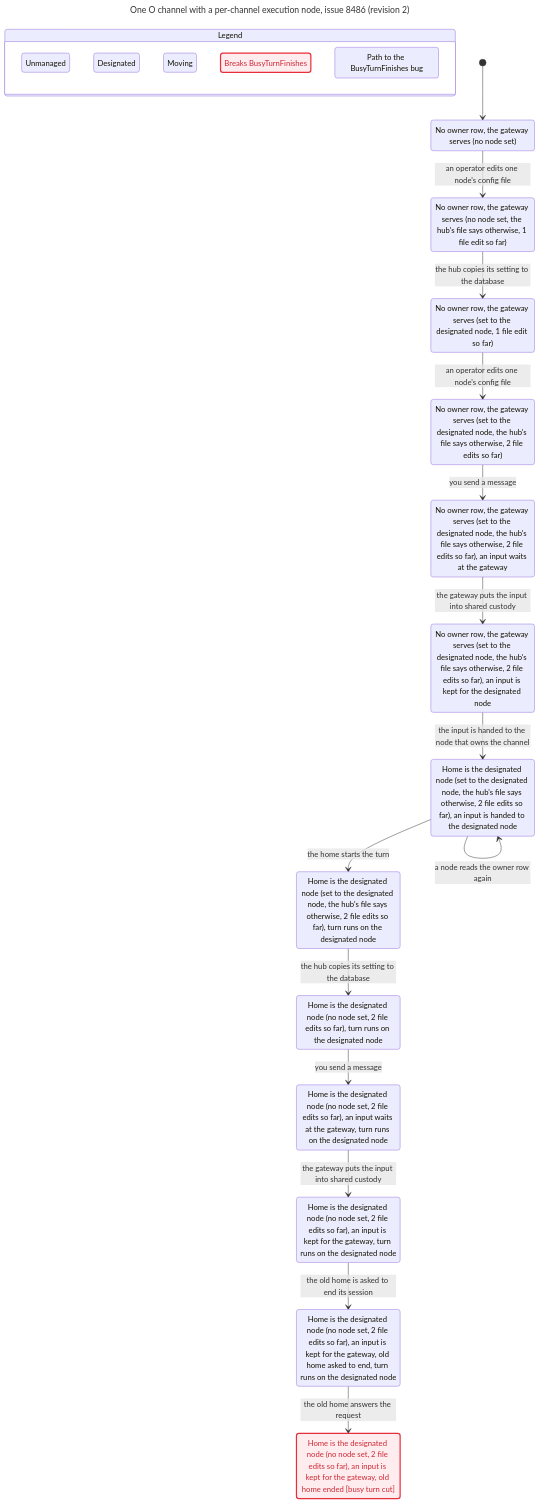
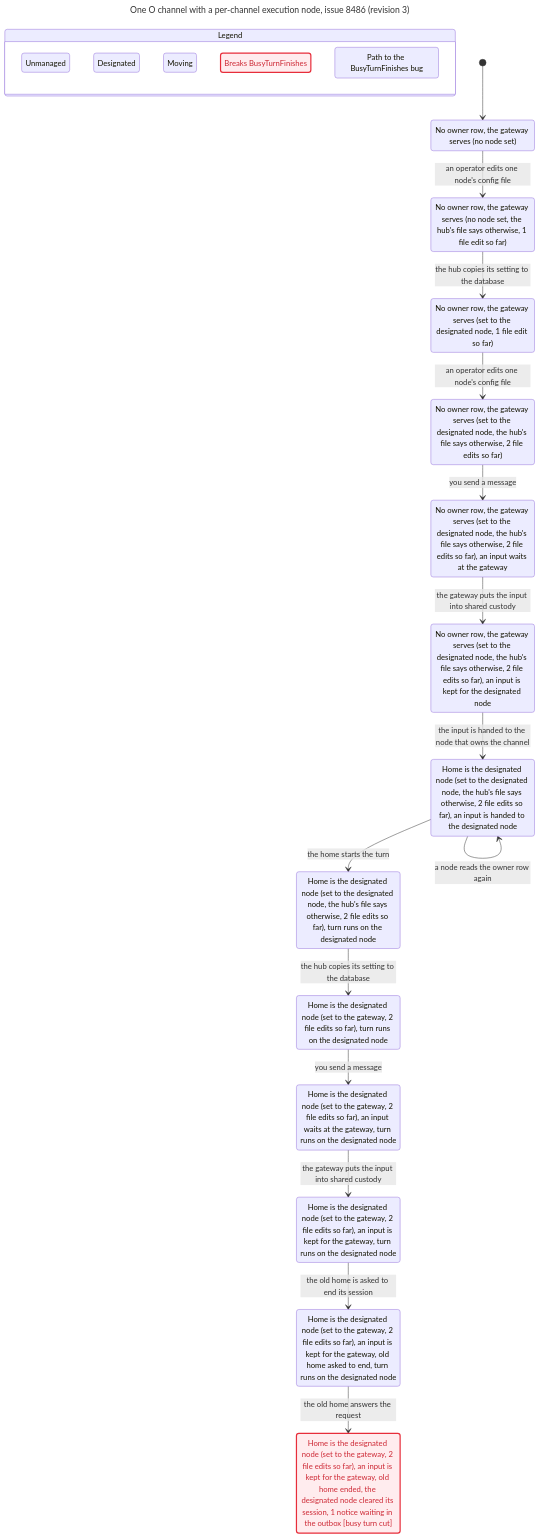
Before and after one commit to itismyfield/AgentDesk: the diagram in docs/statecharts/gateway-lease/channel-home-nowait.chart.mmd, drawn with Mermaid. The commit also changed 41 other files, not shown here.

```diff
--- a/docs/statecharts/gateway-lease/channel-home-nowait.chart.mmd
+++ b/docs/statecharts/gateway-lease/channel-home-nowait.chart.mmd
@@ -1,71 +1,71 @@
 ---
-title: "One O channel with a per-channel execution node, issue 8486 (revision 2)"
+title: "One O channel with a per-channel execution node, issue 8486 (revision 3)"
 ---
 stateDiagram-v2
   state "Legend" as legend {
     lg0: Unmanaged
     lg1: Designated
     lg2: Moving
     lg3: Breaks BusyTurnFinishes
     lg4: Path to the BusyTurnFinishes bug
   }
   class lg0 tan
   class lg1 teal
   class lg2 pink
   class lg3 breaks
   class lg4 bugPath
   s0: No owner row, the gateway serves (no node set)
   s1: No owner row, the gateway serves (no node set, the hub's file says otherwise, 1 file edit so far)
   s2: No owner row, the gateway serves (set to the designated node, 1 file edit so far)
   s3: No owner row, the gateway serves (set to the designated node, the hub's file says otherwise, 2 file edits so far)
   s4: No owner row, the gateway serves (set to the designated node, the hub's file says otherwise, 2 file edits so far), an input waits at the gateway
   s5: No owner row, the gateway serves (set to the designated node, the hub's file says otherwise, 2 file edits so far), an input is kept for the designated node
   s6: Home is the designated node (set to the designated node, the hub's file says otherwise, 2 file edits so far), an input is handed to the designated node
   s7: Home is the designated node (set to the designated node, the hub's file says otherwise, 2 file edits so far), turn runs on the designated node
-  s8: Home is the designated node (no node set, 2 file edits so far), turn runs on the designated node
-  s9: Home is the designated node (no node set, 2 file edits so far), an input waits at the gateway, turn runs on the designated node
-  s10: Home is the designated node (no node set, 2 file edits so far), an input is kept for the gateway, turn runs on the designated node
-  s11: Home is the designated node (no node set, 2 file edits so far), an input is kept for the gateway, old home asked to end, turn runs on the designated node
-  s12: Home is the designated node (no node set, 2 file edits so far), an input is kept for the gateway, old home ended [busy turn cut]
+  s8: Home is the designated node (set to the gateway, 2 file edits so far), turn runs on the designated node
+  s9: Home is the designated node (set to the gateway, 2 file edits so far), an input waits at the gateway, turn runs on the designated node
+  s10: Home is the designated node (set to the gateway, 2 file edits so far), an input is kept for the gateway, turn runs on the designated node
+  s11: Home is the designated node (set to the gateway, 2 file edits so far), an input is kept for the gateway, old home asked to end, turn runs on the designated node
+  s12: Home is the designated node (set to the gateway, 2 file edits so far), an input is kept for the gateway, old home ended, the designated node cleared its session, 1 notice waiting in the outbox [busy turn cut]
   [*] --> s0
   s0 --> s1: an operator edits one node's config file
   s1 --> s2: the hub copies its setting to the database
   s2 --> s3: an operator edits one node's config file
   s3 --> s4: you send a message
   s4 --> s5: the gateway puts the input into shared custody
   s5 --> s6: the input is handed to the node that owns the channel
   s6 --> s6: a node reads the owner row again
   s6 --> s7: the home starts the turn
   s7 --> s8: the hub copies its setting to the database
   s8 --> s9: you send a message
   s9 --> s10: the gateway puts the input into shared custody
   s10 --> s11: the old home is asked to end its session
   s11 --> s12: the old home answers the request
   classDef breaks fill:#ffecee,stroke:#e72e3b,stroke-width:2.5px,color:#cd2834
   class s0 tan
   class s0 bugPath
   class s1 tan
   class s1 bugPath
   class s2 tan
   class s2 bugPath
   class s3 tan
   class s3 bugPath
   class s4 tan
   class s4 bugPath
   class s5 tan
   class s5 bugPath
   class s6 teal
   class s6 bugPath
   class s7 teal
   class s7 bugPath
   class s8 teal
   class s8 bugPath
   class s9 teal
   class s9 bugPath
   class s10 teal
   class s10 bugPath
   class s11 pink
   class s11 bugPath
   class s12 pink
   class s12 breaks
   class s12 bugPath
```
